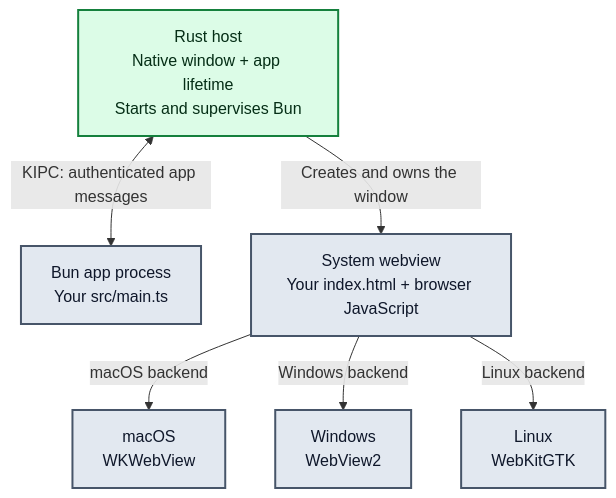
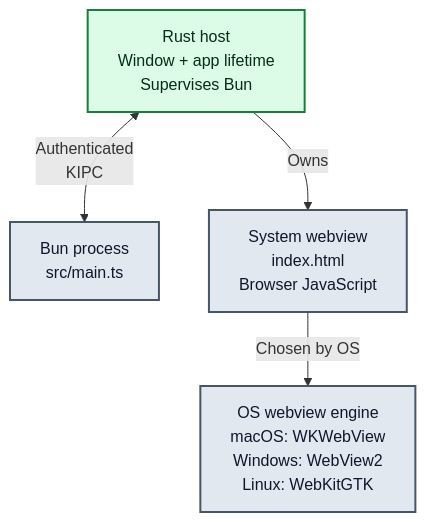
The first of 2 diagrams in README.md (gyldlab/keld), drawn with Mermaid before and after one commit. The commit also changed other lines of this file, not shown here.

Commit message:
docs(readme): compact runtime diagrams for narrow screens

````diff
--- a/README.md
+++ b/README.md
@@ -141,23 +141,19 @@
 ```mermaid
 flowchart TB
     accTitle: Current KELD runtime responsibilities
-    accDescr: The Rust host owns the native window and application session and starts and supervises a separate Bun process. Bun runs the app's main TypeScript and exchanges authenticated KIPC messages with the host. The host creates a system webview to render the app's HTML, using WKWebView on macOS, WebView2 on Windows, or WebKitGTK on Linux. A general renderer-to-host bridge is not shown because it is not implemented.
+    accDescr: The Rust host owns the native window and application session and supervises a separate Bun process running src/main.ts. Bun and the host exchange authenticated KIPC messages. The host owns the system webview, where index.html and browser JavaScript run. The engine is WKWebView on macOS, WebView2 on Windows, or WebKitGTK on Linux. A general renderer-to-host bridge is not implemented.
 
-    HOST["Rust host<br/>Native window + app lifetime<br/>Starts and supervises Bun"]
-    BUN["Bun app process<br/>Your src/main.ts"]
-    VIEW["System webview<br/>Your index.html + browser JavaScript"]
-    MAC["macOS<br/>WKWebView"]
-    WIN["Windows<br/>WebView2"]
-    LINUX["Linux<br/>WebKitGTK"]
+    HOST["Rust host<br/>Window + app lifetime<br/>Supervises Bun"]
+    BUN["Bun process<br/>src/main.ts"]
+    VIEW["System webview<br/>index.html<br/>Browser JavaScript"]
+    ENGINE["OS webview engine<br/>macOS: WKWebView<br/>Windows: WebView2<br/>Linux: WebKitGTK"]
 
-    HOST <-->|"KIPC: authenticated app messages"| BUN
-    HOST -->|"Creates and owns the window"| VIEW
-    VIEW -->|"macOS backend"| MAC
-    VIEW -->|"Windows backend"| WIN
-    VIEW -->|"Linux backend"| LINUX
+    HOST <-->|"Authenticated<br/>KIPC"| BUN
+    HOST -->|"Owns"| VIEW
+    VIEW -->|"Chosen by OS"| ENGINE
 
     classDef current fill:#dcfce7,stroke:#15803d,color:#052e16,stroke-width:2px
     classDef external fill:#e2e8f0,stroke:#475569,color:#0f172a,stroke-width:2px
     class HOST current;
-    class BUN,VIEW,MAC,WIN,LINUX external;
+    class BUN,VIEW,ENGINE external;
 ```
````
